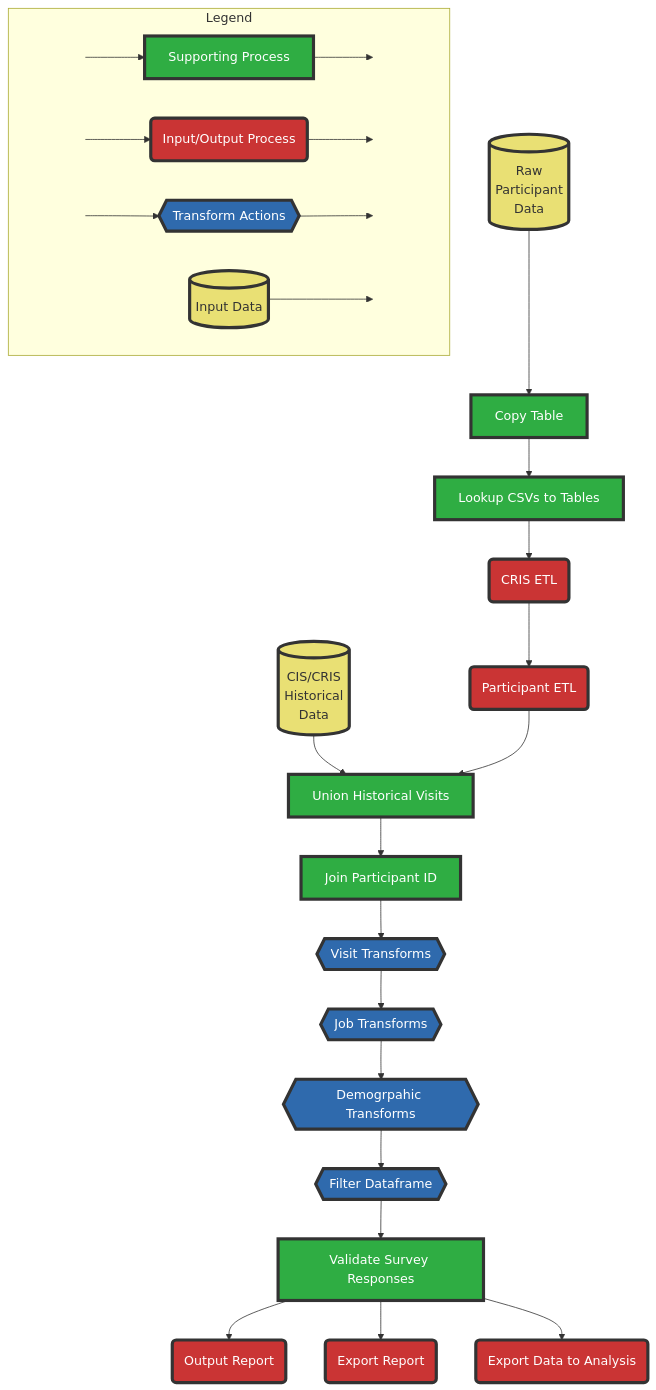
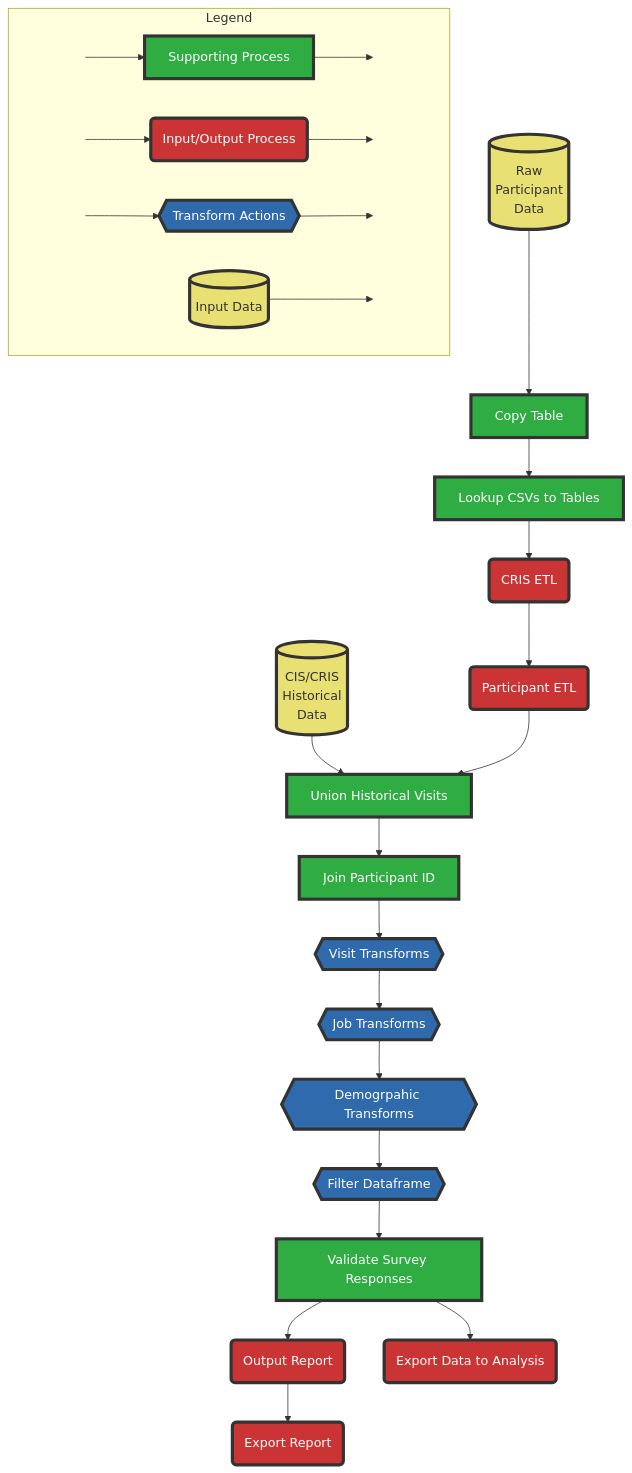
Before and after one commit to ONSdigital/cis_households: the diagram in README.md, drawn with Mermaid.

Commit message:
doc: Update outputs in workflow graph

````diff
--- a/README.md
+++ b/README.md
@@ -28,35 +28,35 @@
 ```mermaid
 flowchart TD
     data_1[(Raw\nParticipant\nData)] --> SP_1[Copy Table]
     data_2[(CIS/CRIS\nHistorical\nData)] --> SP_3
     SP_1--> SP_2[Lookup CSVs to Tables]
     SP_2 --> IOP_1(CRIS ETL)
     IOP_1 --> IOP_2(Participant ETL)
     IOP_2 --> SP_3[Union Historical Visits]
     SP_3 --> SP_4[Join Participant ID]
     SP_4 --> TA_1{{Visit Transforms}}
     TA_1 --> TA_2{{Job Transforms}}
     TA_2 --> TA_3{{Demogrpahic Transforms}}
     TA_3 --> TA_4{{Filter Dataframe}}
     TA_4 --> SP_5[Validate Survey Responses]
     SP_5 --> IOP_3(Output Report)
-    SP_5 --> IOP_4(Export Report)
+    IOP_3 --> IOP_4(Export Report)
     SP_5 --> IOP_5(Export Data to Analysis)
     subgraph Legend
           direction LR
         start1[ ] --> SP[Supporting Process] --> stop1[ ]
         start2[ ] --> IOP(Input/Output Process) --> stop2[ ]
         start3[ ] --> TA{{Transform Actions}} --> stop3[ ]
         DAT[(Input Data)] --> stop4[ ]
     end
 classDef green fill:#2FAD43,stroke:#333,stroke-width:4px,color:#fff;
 classDef red fill:#CA3434,stroke:#333,stroke-width:4px,color:#fff;
 classDef blue fill:#2F6AAD,stroke:#333,stroke-width:4px,color:#fff;
 classDef data fill:#E9E074,stroke:#333,stroke-width:4px;
 classDef empty height:0px;
 class SP,SP_1,SP_2,SP_3,SP_4,SP_5 green
 class IOP,IOP_1,IOP_2,IOP_3,IOP_4,IOP_5 red
 class TA,TA_1,TA_2,TA_3,TA_4 blue
 class start1,start2,start3,stop1,stop2,stop3,stop4 empty
 class data_1,data_2,DAT data
 ```
````
